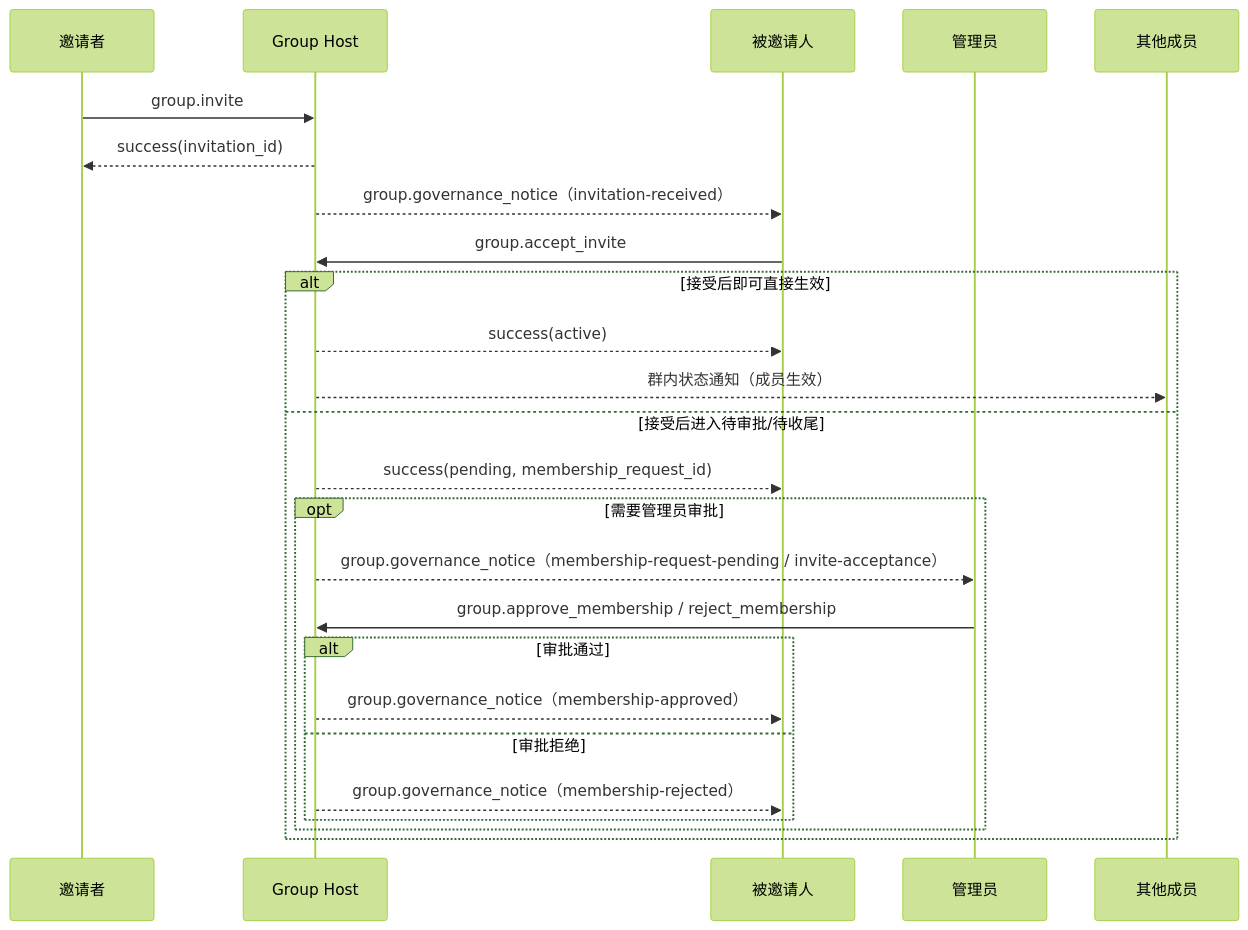
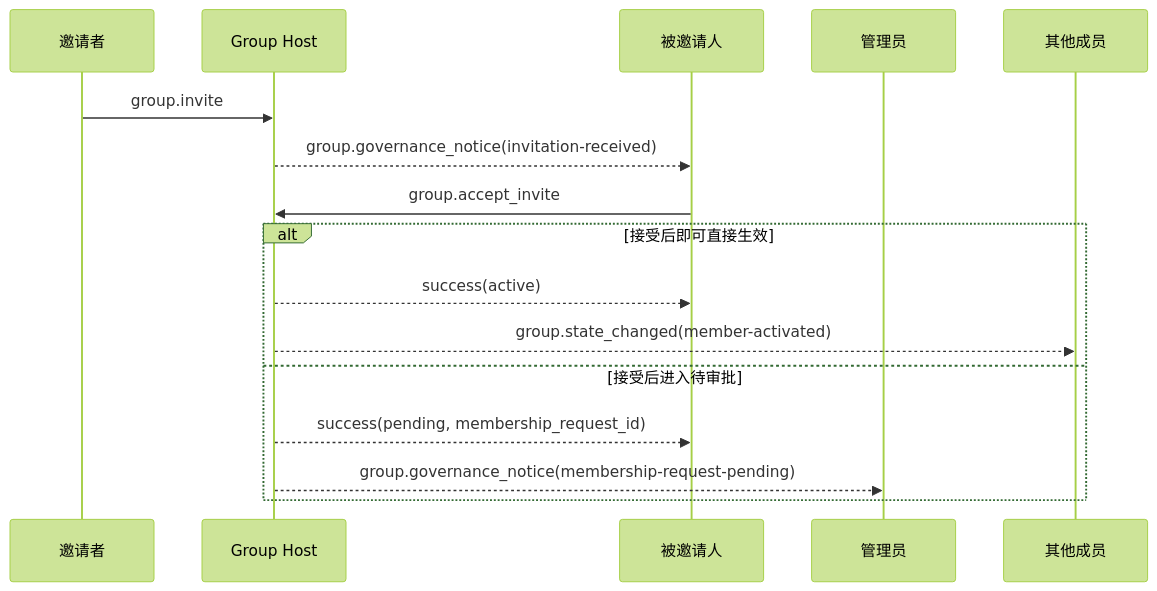
One commit to NeatNerdPrime/AgentNetworkProtocol changed the third of 7 diagrams in chinese/message/04-群组基础语义.md. Above: the diagram before and after it, drawn with Mermaid (forest theme). The commit also changed other lines of this file and 3 other files, not shown here.

````diff
--- a/chinese/message/04-群组基础语义.md
+++ b/chinese/message/04-群组基础语义.md
@@ -1551,29 +1230,19 @@
 ```mermaid
 sequenceDiagram
     participant Inviter as 邀请者
     participant Host as Group Host
     participant Invitee as 被邀请人
     participant Admin as 管理员
     participant Members as 其他成员
 
     Inviter->>Host: group.invite
-    Host-->>Inviter: success(invitation_id)
-    Host-->>Invitee: group.governance_notice（invitation-received）
-
+    Host-->>Invitee: group.governance_notice(invitation-received)
     Invitee->>Host: group.accept_invite
     alt 接受后即可直接生效
         Host-->>Invitee: success(active)
-        Host-->>Members: 群内状态通知（成员生效）
-    else 接受后进入待审批/待收尾
+        Host-->>Members: group.state_changed(member-activated)
+    else 接受后进入待审批
         Host-->>Invitee: success(pending, membership_request_id)
-        opt 需要管理员审批
-            Host-->>Admin: group.governance_notice（membership-request-pending / invite-acceptance）
-            Admin->>Host: group.approve_membership / reject_membership
-            alt 审批通过
-                Host-->>Invitee: group.governance_notice（membership-approved）
-            else 审批拒绝
-                Host-->>Invitee: group.governance_notice（membership-rejected）
-            end
-        end
+        Host-->>Admin: group.governance_notice(membership-request-pending)
     end
 ```
````
